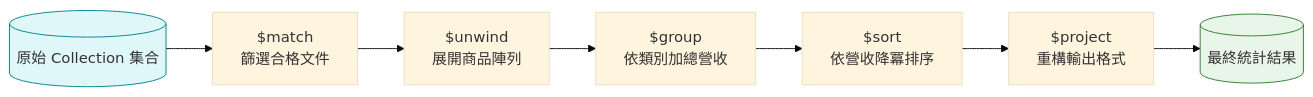
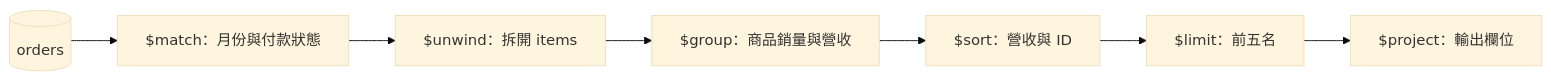
Before and after one commit to Vincent0218/mongo_learning: the diagram in docs/03-aggregation.md, drawn with Mermaid (base theme). The commit also changed other lines of this file and 45 other files, not shown here.

````diff
--- a/docs/03-aggregation.md
+++ b/docs/03-aggregation.md
@@ -11,12 +7,9 @@
 ```mermaid
-graph LR
-    Input[(原始 Collection 集合)] --> S1["$match<br/>篩選合格文件"]
-    S1 --> S2["$unwind<br/>展開商品陣列"]
-    S2 --> S3["$group<br/>依類別加總營收"]
-    S3 --> S4["$sort<br/>依營收降冪排序"]
-    S4 --> S5["$project<br/>重構輸出格式"]
-    S5 --> Output[(最終統計結果)]
-
-    style Input fill:#e0f7fa,stroke:#00838f;
-    style Output fill:#e8f5e9,stroke:#2e7d32;
+flowchart LR
+    Orders[(orders)] --> Match["$match：月份與付款狀態"]
+    Match --> Unwind["$unwind：拆開 items"]
+    Unwind --> Group["$group：商品銷量與營收"]
+    Group --> Sort["$sort：營收與 ID"]
+    Sort --> Limit["$limit：前五名"]
+    Limit --> Project["$project：輸出欄位"]
 ```
````
